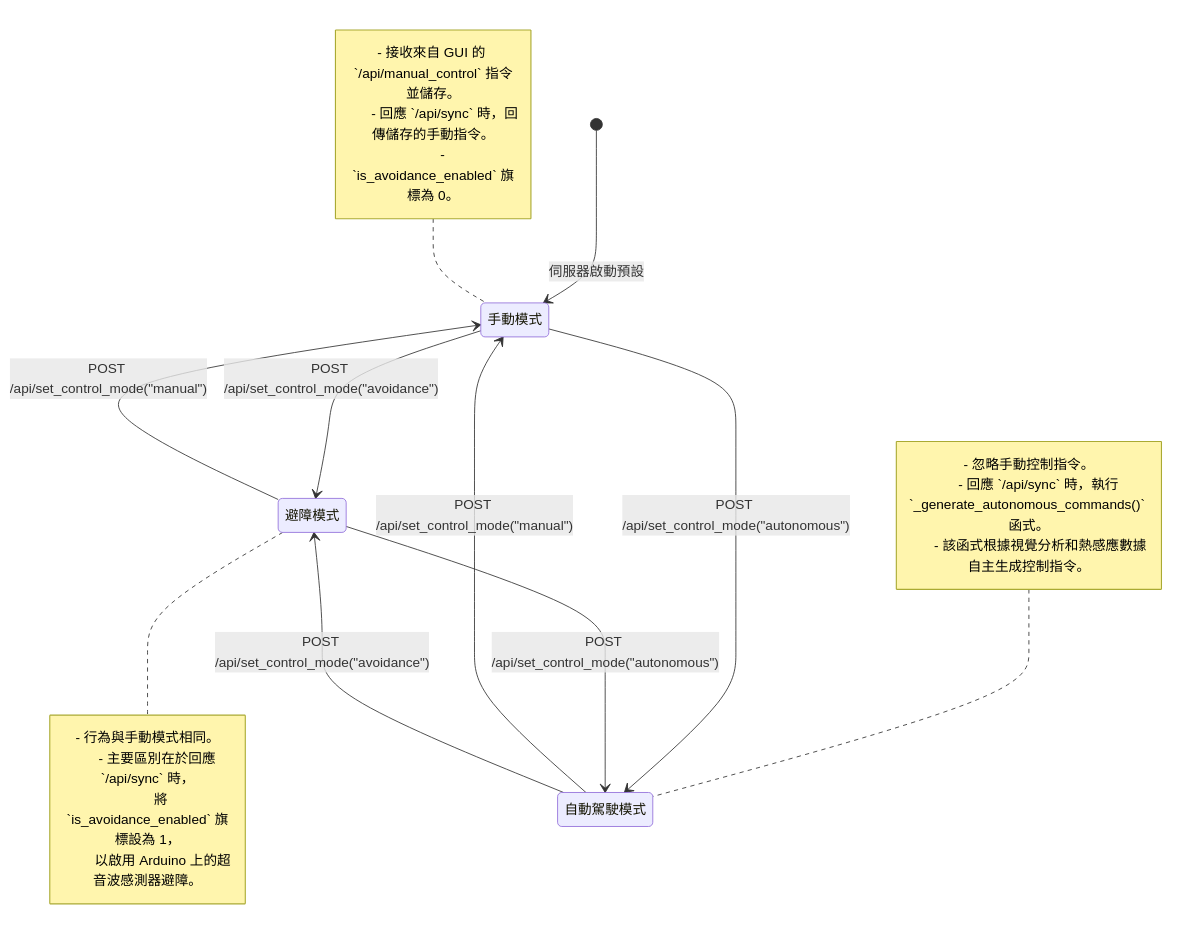
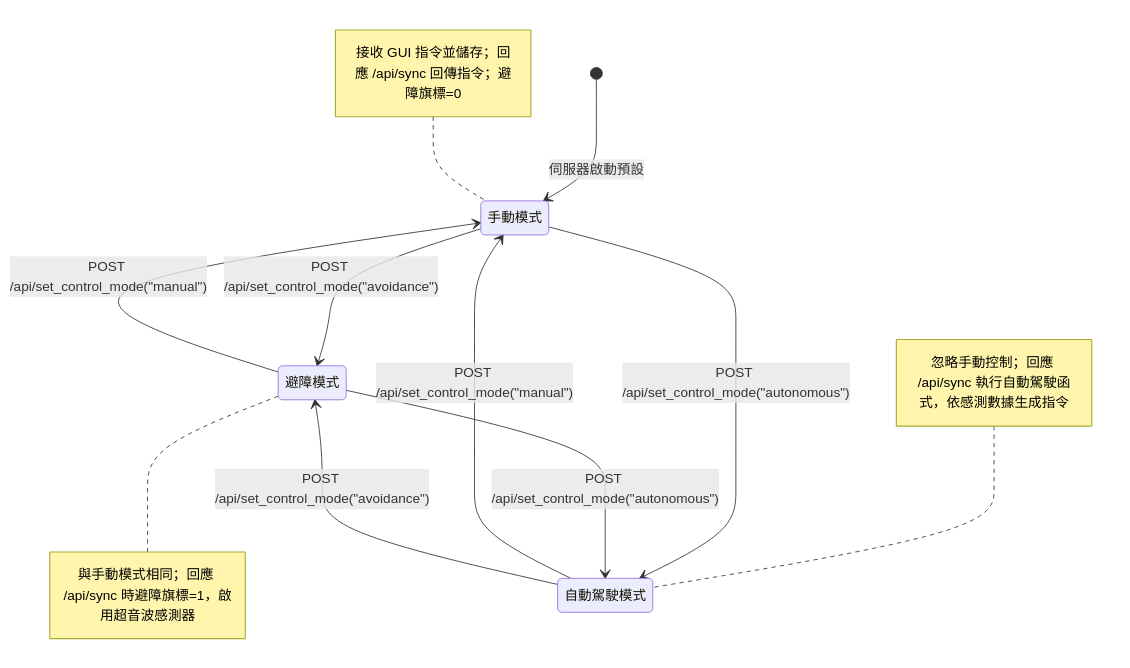
One commit to hamanpaul/mini-auto changed the diagram in docs/backend_workflow.md. Above: the diagram before and after it, drawn with Mermaid.

````diff
--- a/docs/backend_workflow.md
+++ b/docs/backend_workflow.md
@@ -17,33 +17,28 @@
 ```mermaid
 stateDiagram-v2
     [*] --> MANUAL : 伺服器啟動預設
 
     MANUAL : 手動模式
     note left of MANUAL
-      - 接收來自 GUI 的 `/api/manual_control` 指令並儲存。
-      - 回應 `/api/sync` 時，回傳儲存的手動指令。
-      - `is_avoidance_enabled` 旗標為 0。
+      接收 GUI 指令並儲存；回應 /api/sync 回傳指令；避障旗標=0
     end note
 
     AVOIDANCE : 避障模式
     note right of AVOIDANCE
-      - 行為與手動模式相同。
-      - 主要區別在於回應 `/api/sync` 時，
-        將 `is_avoidance_enabled` 旗標設為 1，
-        以啟用 Arduino 上的超音波感測器避障。
+      與手動模式相同；回應 /api/sync 時避障旗標=1，啟用超音波感測器
     end note
 
     AUTONOMOUS : 自動駕駛模式
     note left of AUTONOMOUS
-      - 忽略手動控制指令。
-      - 回應 `/api/sync` 時，執行 `_generate_autonomous_commands()` 函式。
-      - 該函式根據視覺分析和熱感應數據自主生成控制指令。
+      忽略手動控制；回應 /api/sync 執行自動駕駛函式，依感測數據生成指令
     end note
 
     MANUAL --> AVOIDANCE : POST /api/set_control_mode("avoidance")
     MANUAL --> AUTONOMOUS : POST /api/set_control_mode("autonomous")
     AVOIDANCE --> MANUAL : POST /api/set_control_mode("manual")
     AVOIDANCE --> AUTONOMOUS : POST /api/set_control_mode("autonomous")
     AUTONOMOUS --> MANUAL : POST /api/set_control_mode("manual")
     AUTONOMOUS --> AVOIDANCE : POST /api/set_control_mode("avoidance")
+
+
 ```
````
